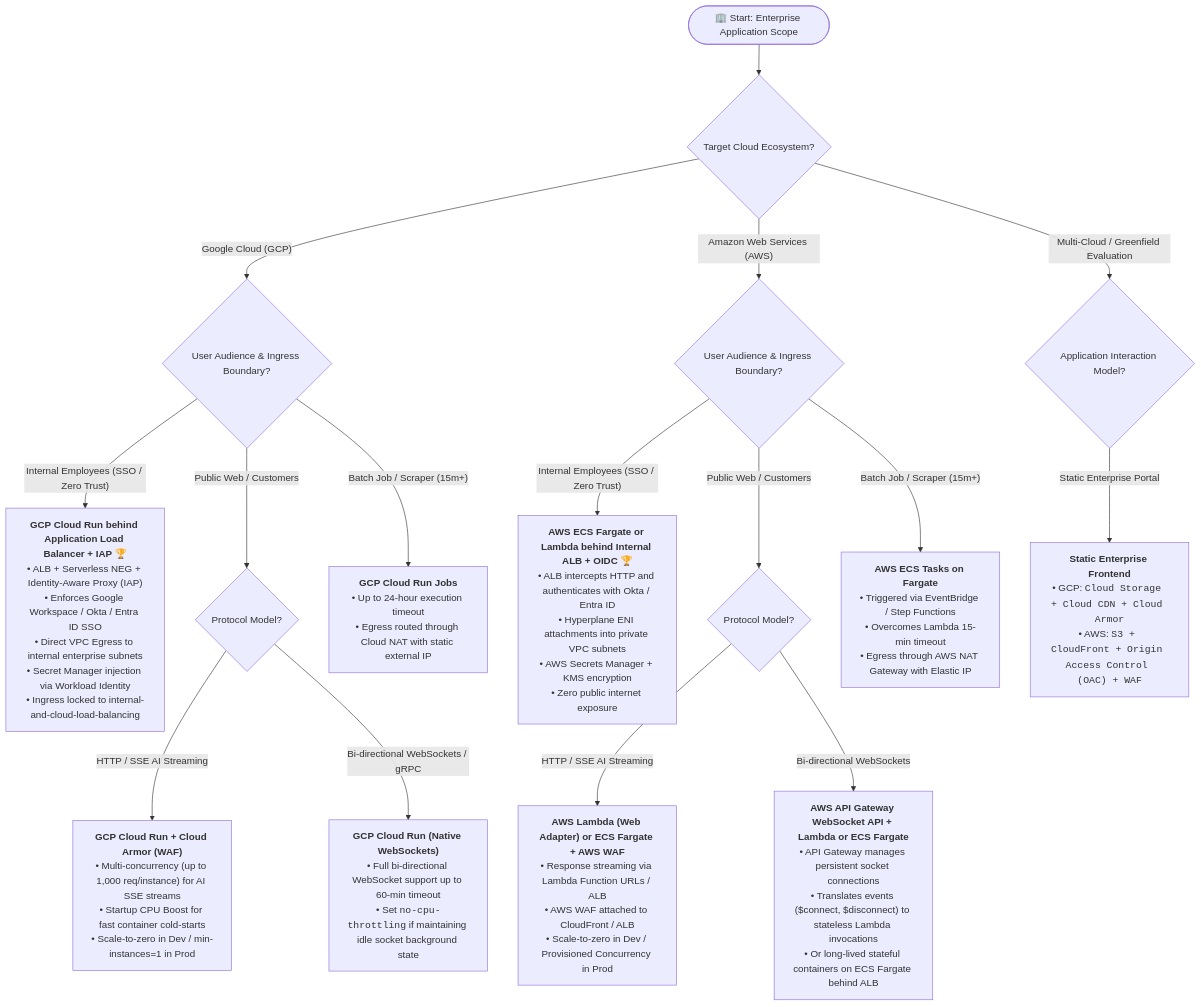
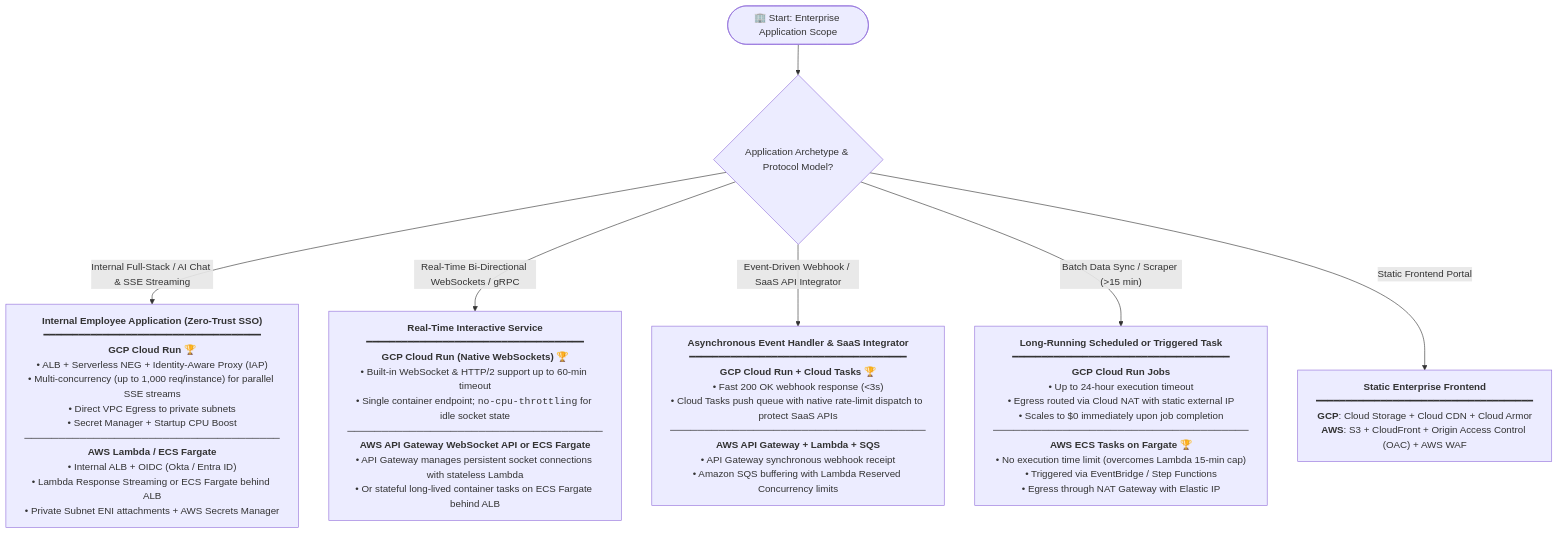
The first of 2 diagrams in resources/decision_tree.md (xirago/serverless-architect), drawn with Mermaid before and after one commit. The commit also changed other lines of this file and 3 other files, not shown here.

Commit message:
feat: refine serverless-architect skill for vendor-neutral capability-based decision making

````diff
--- a/resources/decision_tree.md
+++ b/resources/decision_tree.md
@@ -5,26 +5,19 @@
 ```mermaid
 flowchart TD
-    Start(["🏢 Start: Enterprise Application Scope"]) --> Q_Cloud{"Target Cloud Ecosystem?"}
+    Start(["🏢 Start: Enterprise Application Scope"]) --> Q_Archetype{"Application Archetype & Protocol Model?"}
 
-    %% Cloud Footprint Selection
-    Q_Cloud -->|"Google Cloud (GCP)"| Q_GCP_Ingress{"User Audience & Ingress Boundary?"}
-    Q_Cloud -->|"Amazon Web Services (AWS)"| Q_AWS_Ingress{"User Audience & Ingress Boundary?"}
-    Q_Cloud -->|"Multi-Cloud / Greenfield Evaluation"| Q_Multi_Proto{"Application Interaction Model?"}
+    %% Branch 1: Internal AI / Fullstack
+    Q_Archetype -->|"Internal Full-Stack / AI Chat & SSE Streaming"| Res_Internal["<b>Internal Employee Application (Zero-Trust SSO)</b><br/>━━━━━━━━━━━━━━━━━━━━━━━━━━━━━━━━━━━━━<br/><b>GCP Cloud Run</b> 🏆<br/>• ALB + Serverless NEG + Identity-Aware Proxy (IAP)<br/>• Multi-concurrency (up to 1,000 req/instance) for parallel SSE streams<br/>• Direct VPC Egress to private subnets<br/>• Secret Manager + Startup CPU Boost<br/>─────────────────────────────────────<br/><b>AWS Lambda / ECS Fargate</b><br/>• Internal ALB + OIDC (Okta / Entra ID)<br/>• Lambda Response Streaming or ECS Fargate behind ALB<br/>• Private Subnet ENI attachments + AWS Secrets Manager"]
 
-    %% GCP Ingress Branches
-    Q_GCP_Ingress -->|"Internal Employees (SSO / Zero Trust)"| Res_GCP_Internal["<b>GCP Cloud Run behind Application Load Balancer + IAP</b> 🏆<br/>• ALB + Serverless NEG + Identity-Aware Proxy (IAP)<br/>• Enforces Google Workspace / Okta / Entra ID SSO<br/>• Direct VPC Egress to internal enterprise subnets<br/>• Secret Manager injection via Workload Identity<br/>• Ingress locked to internal-and-cloud-load-balancing"]
-    Q_GCP_Ingress -->|"Public Web / Customers"| Q_GCP_Proto{"Protocol Model?"}
-    Q_GCP_Proto -->|"HTTP / SSE AI Streaming"| Res_GCP_Public_SSE["<b>GCP Cloud Run + Cloud Armor (WAF)</b><br/>• Multi-concurrency (up to 1,000 req/instance) for AI SSE streams<br/>• Startup CPU Boost for fast container cold-starts<br/>• Scale-to-zero in Dev / min-instances=1 in Prod"]
-    Q_GCP_Proto -->|"Bi-directional WebSockets / gRPC"| Res_GCP_Public_WS["<b>GCP Cloud Run (Native WebSockets)</b><br/>• Full bi-directional WebSocket support up to 60-min timeout<br/>• Set <code>no-cpu-throttling</code> if maintaining idle socket background state"]
-    Q_GCP_Ingress -->|"Batch Job / Scraper (15m+)"| Res_GCP_Batch["<b>GCP Cloud Run Jobs</b><br/>• Up to 24-hour execution timeout<br/>• Egress routed through Cloud NAT with static external IP"]
+    %% Branch 2: WebSockets / Bi-directional
+    Q_Archetype -->|"Real-Time Bi-Directional WebSockets / gRPC"| Res_WS["<b>Real-Time Interactive Service</b><br/>━━━━━━━━━━━━━━━━━━━━━━━━━━━━━━━━━━━━━<br/><b>GCP Cloud Run (Native WebSockets)</b> 🏆<br/>• Built-in WebSocket & HTTP/2 support up to 60-min timeout<br/>• Single container endpoint; <code>no-cpu-throttling</code> for idle socket state<br/>─────────────────────────────────────<br/><b>AWS API Gateway WebSocket API or ECS Fargate</b><br/>• API Gateway manages persistent socket connections with stateless Lambda<br/>• Or stateful long-lived container tasks on ECS Fargate behind ALB"]
 
-    %% AWS Ingress Branches
-    Q_AWS_Ingress -->|"Internal Employees (SSO / Zero Trust)"| Res_AWS_Internal["<b>AWS ECS Fargate or Lambda behind Internal ALB + OIDC</b> 🏆<br/>• ALB intercepts HTTP and authenticates with Okta / Entra ID<br/>• Hyperplane ENI attachments into private VPC subnets<br/>• AWS Secrets Manager + KMS encryption<br/>• Zero public internet exposure"]
-    Q_AWS_Ingress -->|"Public Web / Customers"| Q_AWS_Proto{"Protocol Model?"}
-    Q_AWS_Proto -->|"HTTP / SSE AI Streaming"| Res_AWS_Public_SSE["<b>AWS Lambda (Web Adapter) or ECS Fargate + AWS WAF</b><br/>• Response streaming via Lambda Function URLs / ALB<br/>• AWS WAF attached to CloudFront / ALB<br/>• Scale-to-zero in Dev / Provisioned Concurrency in Prod"]
-    Q_AWS_Proto -->|"Bi-directional WebSockets"| Res_AWS_Public_WS["<b>AWS API Gateway WebSocket API + Lambda or ECS Fargate</b><br/>• API Gateway manages persistent socket connections<br/>• Translates events ($connect, $disconnect) to stateless Lambda invocations<br/>• Or long-lived stateful containers on ECS Fargate behind ALB"]
-    Q_AWS_Ingress -->|"Batch Job / Scraper (15m+)"| Res_AWS_Batch["<b>AWS ECS Tasks on Fargate</b><br/>• Triggered via EventBridge / Step Functions<br/>• Overcomes Lambda 15-min timeout<br/>• Egress through AWS NAT Gateway with Elastic IP"]
+    %% Branch 3: Event-Driven Webhooks / SaaS Integrator
+    Q_Archetype -->|"Event-Driven Webhook / SaaS API Integrator"| Res_Webhook["<b>Asynchronous Event Handler & SaaS Integrator</b><br/>━━━━━━━━━━━━━━━━━━━━━━━━━━━━━━━━━━━━━<br/><b>GCP Cloud Run + Cloud Tasks</b> 🏆<br/>• Fast 200 OK webhook response (<3s)<br/>• Cloud Tasks push queue with native rate-limit dispatch to protect SaaS APIs<br/>─────────────────────────────────────<br/><b>AWS API Gateway + Lambda + SQS</b><br/>• API Gateway synchronous webhook receipt<br/>• Amazon SQS buffering with Lambda Reserved Concurrency limits"]
 
-    %% Multi-Cloud Static
-    Q_Multi_Proto -->|"Static Enterprise Portal"| Res_Static_Ent["<b>Static Enterprise Frontend</b><br/>• GCP: <code>Cloud Storage + Cloud CDN + Cloud Armor</code><br/>• AWS: <code>S3 + CloudFront + Origin Access Control (OAC) + WAF</code>"]
+    %% Branch 4: Batch / Long Running (>15m)
+    Q_Archetype -->|"Batch Data Sync / Scraper (>15 min)"| Res_Batch["<b>Long-Running Scheduled or Triggered Task</b><br/>━━━━━━━━━━━━━━━━━━━━━━━━━━━━━━━━━━━━━<br/><b>GCP Cloud Run Jobs</b><br/>• Up to 24-hour execution timeout<br/>• Egress routed via Cloud NAT with static external IP<br/>• Scales to $0 immediately upon job completion<br/>─────────────────────────────────────<br/><b>AWS ECS Tasks on Fargate</b> 🏆<br/>• No execution time limit (overcomes Lambda 15-min cap)<br/>• Triggered via EventBridge / Step Functions<br/>• Egress through NAT Gateway with Elastic IP"]
+
+    %% Branch 5: Static Portal
+    Q_Archetype -->|"Static Frontend Portal"| Res_Static["<b>Static Enterprise Frontend</b><br/>━━━━━━━━━━━━━━━━━━━━━━━━━━━━━━━━━━━━━<br/><b>GCP</b>: Cloud Storage + Cloud CDN + Cloud Armor<br/><b>AWS</b>: S3 + CloudFront + Origin Access Control (OAC) + AWS WAF"]
 ```
````
